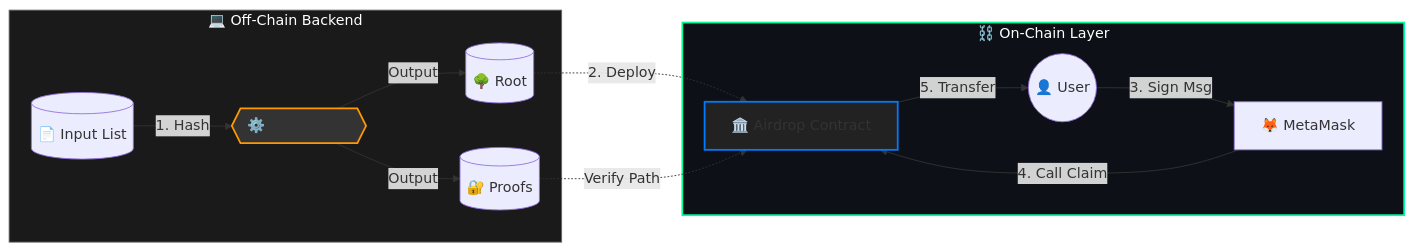
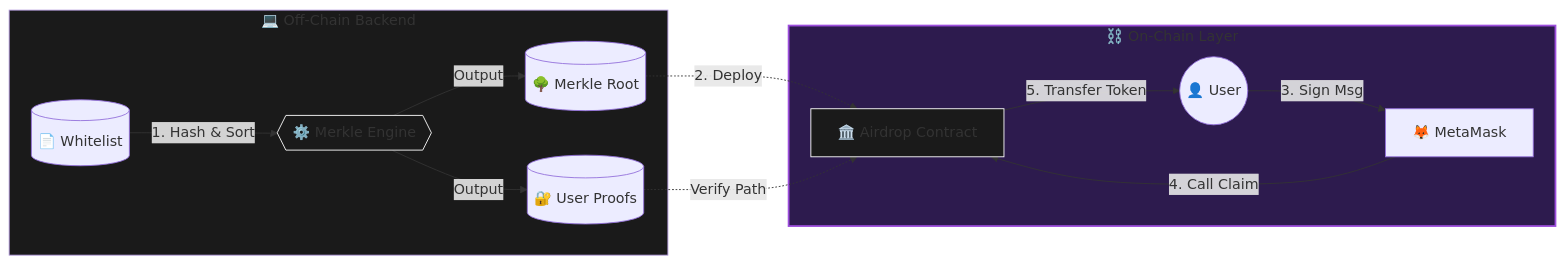
Before and after one commit to NexTechArchitect/Siso-Merkle-Airdrop: the first of 2 diagrams in README.md, drawn with Mermaid. The commit also changed other lines of this file, not shown here.

````diff
--- a/README.md
+++ b/README.md
@@ -36,26 +62,25 @@
 ```mermaid
 graph LR
     %% Backend Logic
     subgraph OFFCHAIN ["💻 Off-Chain Backend"]
-        Input[("📄 Input List")] -->|1. Hash| Script{{"⚙️ Merkle Gen"}}
-        Script -->|Output| Root[("🌳 Root")]
-        Script -->|Output| Proofs[("🔐 Proofs")]
+        Input[("📄 Whitelist")] -->|1. Hash & Sort| Script{{"⚙️ Merkle Engine"}}
+        Script -->|Output| Root[("🌳 Merkle Root")]
+        Script -->|Output| Proofs[("🔐 User Proofs")]
     end
 
     %% Interaction Logic
     subgraph ONCHAIN ["⛓️ On-Chain Layer"]
         Root -.->|2. Deploy| Contract["🏛️ Airdrop Contract"]
         User((👤 User)) -->|3. Sign Msg| Wallet["🦊 MetaMask"]
         
         Wallet -->|4. Call Claim| Contract
         Proofs -.->|Verify Path| Contract
-        Contract -->|5. Transfer| User
+        Contract -->|5. Transfer Token| User
     end
 
-    %% Styling
-    style OFFCHAIN fill:#1a1a1a,stroke:#666,stroke-width:1px,color:#fff
-    style ONCHAIN fill:#0d1117,stroke:#00FF99,stroke-width:2px,color:#fff
-    style Contract fill:#222,stroke:#007AFF,stroke-width:2px
-    style Script fill:#333,stroke:#FF9900,stroke-width:2px
+    style OFFCHAIN fill:#1a1a1a,stroke:#b298dc
+    style ONCHAIN fill:#2d1b4e,stroke:#9d4edd,stroke-width:2px
+    style Contract fill:#1a1a1a,stroke:#fff
+    style Script fill:#1a1a1a,stroke:#fff
 
 ```
````
